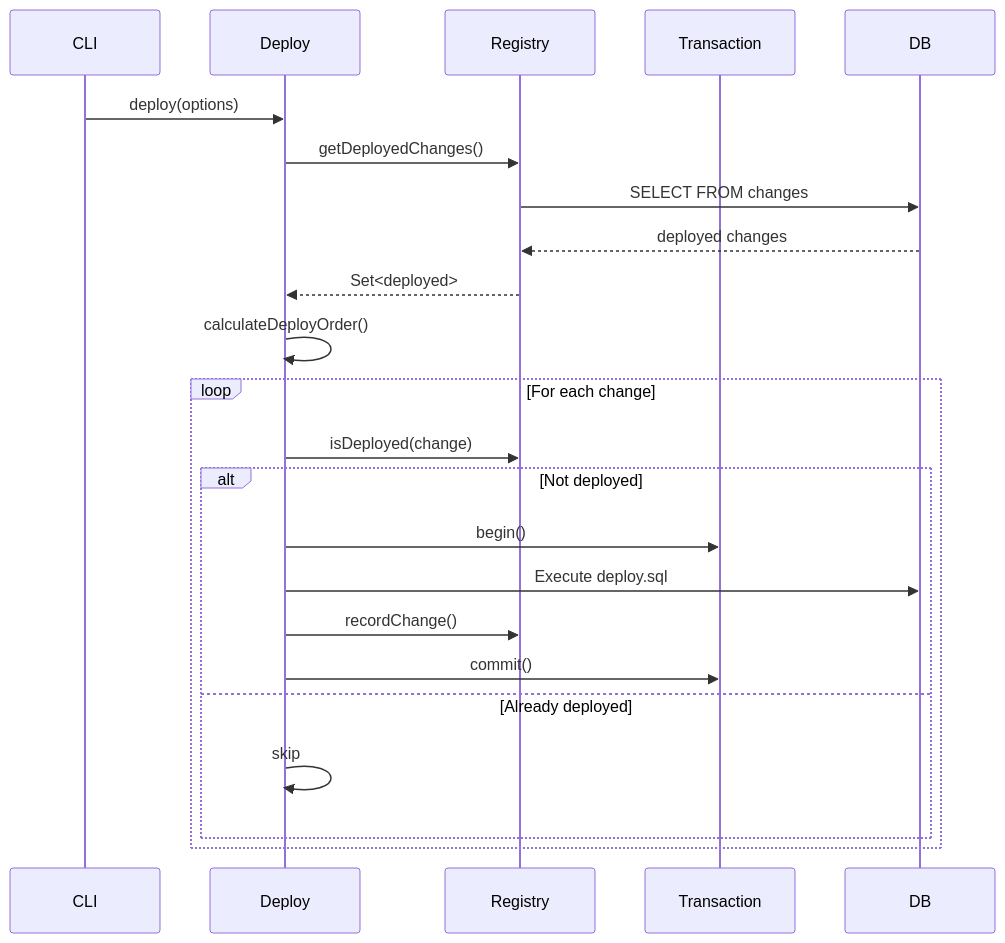
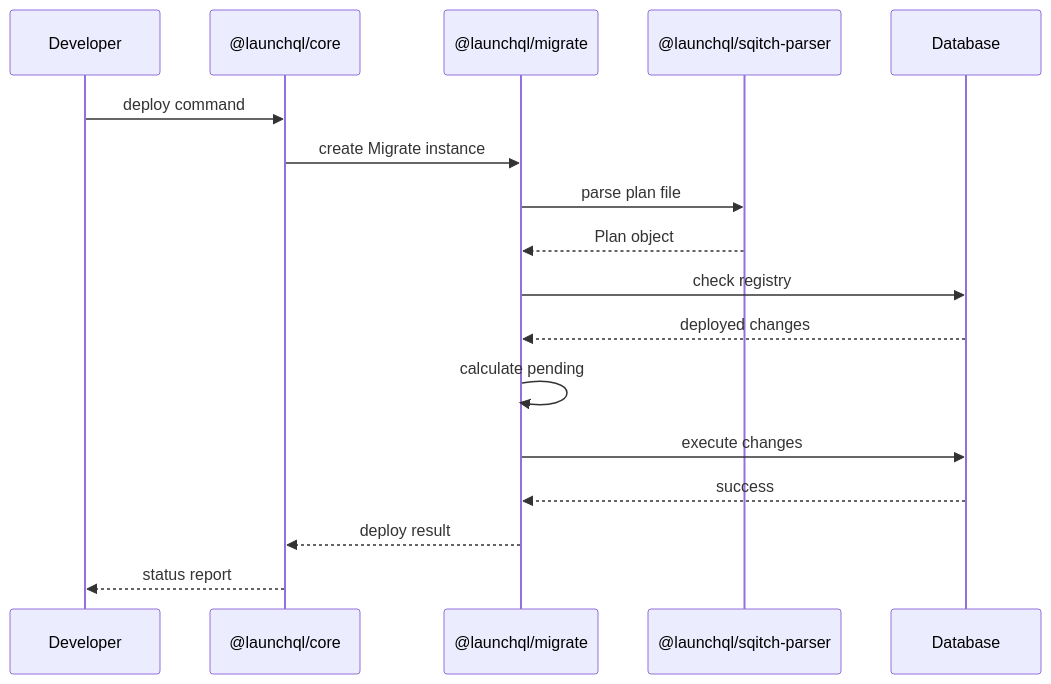
One commit to launchql/launchql changed the second of 3 diagrams in MIGRATE_DOCS.md. Above: the diagram before and after it, drawn with Mermaid. The commit also changed other lines of this file and 3 other files, not shown here.

First line of the commit message:
fix: handle planner names with spaces in sqitch plan parser

````diff
--- a/MIGRATE_DOCS.md
+++ b/MIGRATE_DOCS.md
@@ -102,28 +341,20 @@
 ```mermaid
 sequenceDiagram
-    participant CLI
-    participant Deploy
-    participant Registry
-    participant Transaction
-    participant DB
+    participant Dev as Developer
+    participant Core as @launchql/core
+    participant Migrate as @launchql/migrate
+    participant Parser as @launchql/sqitch-parser
+    participant DB as Database
     
-    CLI->>Deploy: deploy(options)
-    Deploy->>Registry: getDeployedChanges()
-    Registry->>DB: SELECT FROM changes
-    DB-->>Registry: deployed changes
-    Registry-->>Deploy: Set<deployed>
-    
-    Deploy->>Deploy: calculateDeployOrder()
-    
-    loop For each change
-        Deploy->>Registry: isDeployed(change)
-        alt Not deployed
-            Deploy->>Transaction: begin()
-            Deploy->>DB: Execute deploy.sql
-            Deploy->>Registry: recordChange()
-            Deploy->>Transaction: commit()
-        else Already deployed
-            Deploy->>Deploy: skip
-        end
-    end
+    Dev->>Core: deploy command
+    Core->>Migrate: create Migrate instance
+    Migrate->>Parser: parse plan file
+    Parser-->>Migrate: Plan object
+    Migrate->>DB: check registry
+    DB-->>Migrate: deployed changes
+    Migrate->>Migrate: calculate pending
+    Migrate->>DB: execute changes
+    DB-->>Migrate: success
+    Migrate-->>Core: deploy result
+    Core-->>Dev: status report
 ```
````
